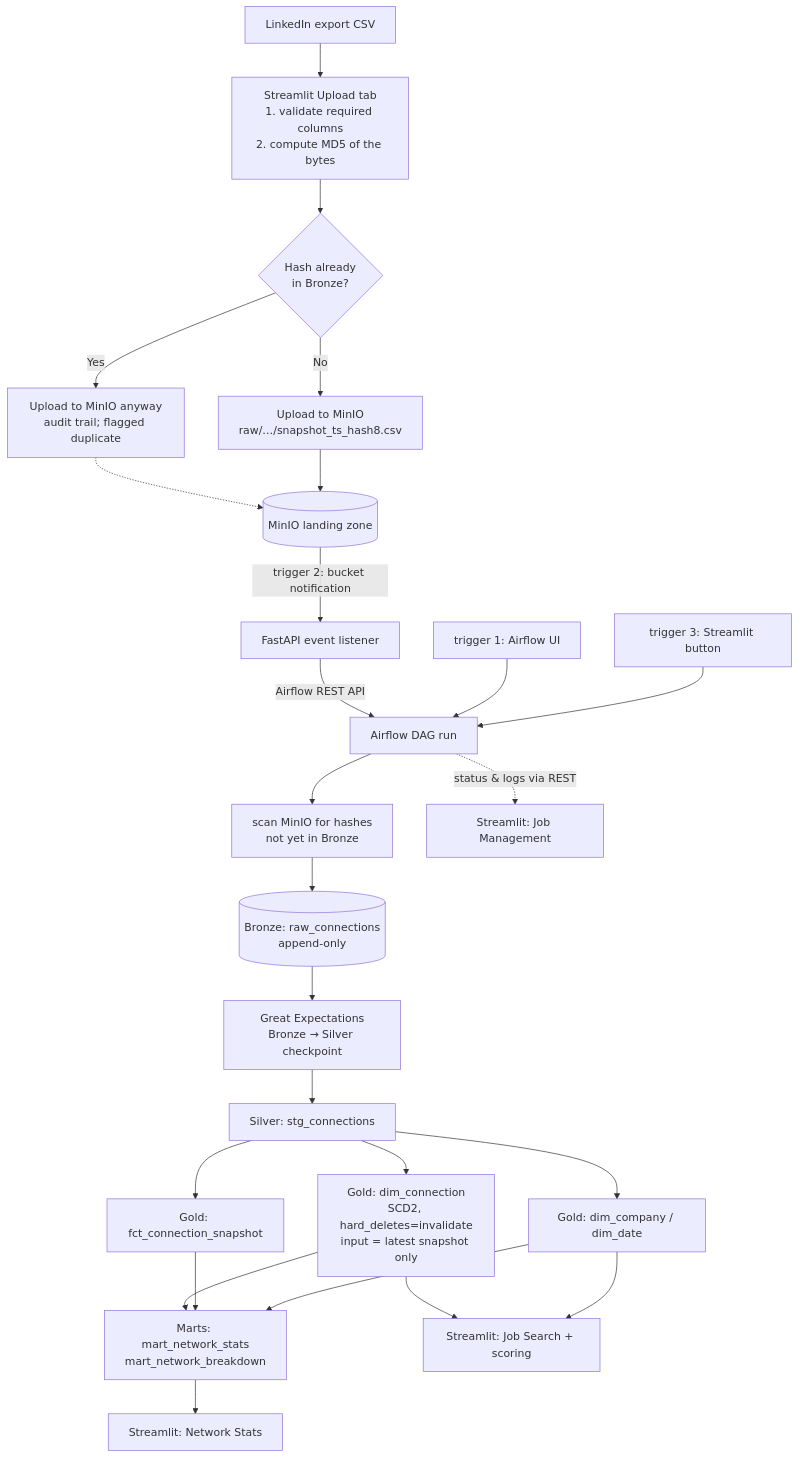
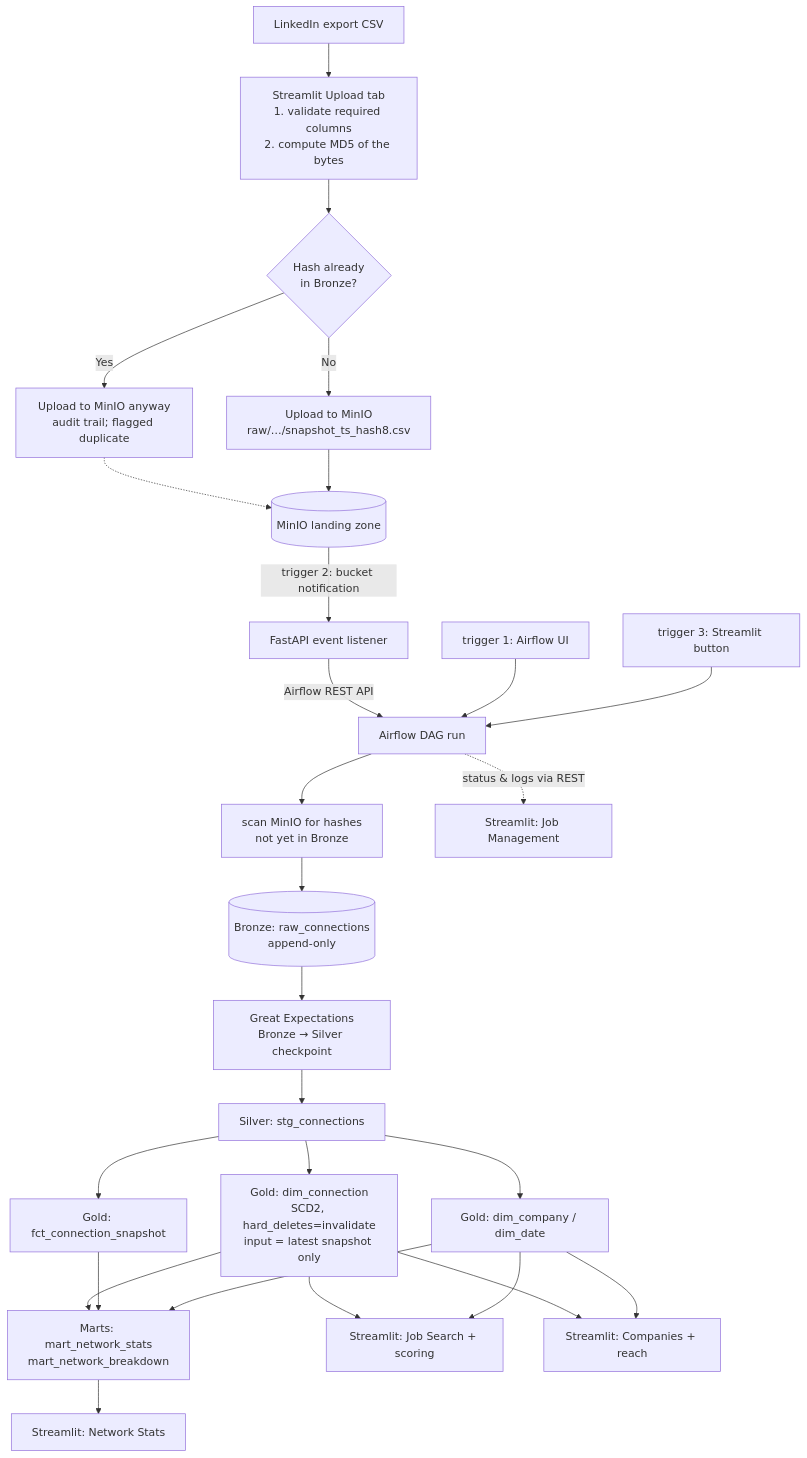
The diagram in README.md (TungNamNguyen/connection_lens), drawn with Mermaid before and after one commit. The commit also changed other lines of this file, not shown here.

Commit message:
docs(readme): document the Companies tab and the new score

````diff
--- a/README.md
+++ b/README.md
@@ -93,28 +108,29 @@
 ```mermaid
 flowchart TD
     A[LinkedIn export CSV] --> B["Streamlit Upload tab<br/>1. validate required columns<br/>2. compute MD5 of the bytes"]
     B --> C{Hash already<br/>in Bronze?}
     C -->|Yes| D1[Upload to MinIO anyway<br/>audit trail; flagged duplicate]
     C -->|No| D2["Upload to MinIO<br/>raw/…/snapshot_ts_hash8.csv"]
 
     D1 -.-> E[(MinIO landing zone)]
     D2 --> E
 
     E -->|"trigger 2: bucket notification"| F[FastAPI event listener]
     F -->|Airflow REST API| G[Airflow DAG run]
     H["trigger 1: Airflow UI"] --> G
     I["trigger 3: Streamlit button"] --> G
 
     G --> J["scan MinIO for hashes<br/>not yet in Bronze"]
     J --> K[(Bronze: raw_connections<br/>append-only)]
     K --> Q[Great Expectations<br/>Bronze → Silver checkpoint]
     Q --> L[Silver: stg_connections]
     L --> M1["Gold: dim_connection<br/>SCD2, hard_deletes=invalidate<br/>input = latest snapshot only"]
     L --> M2[Gold: fct_connection_snapshot]
     L --> M3[Gold: dim_company / dim_date]
     M1 & M2 & M3 --> N[Marts: mart_network_stats<br/>mart_network_breakdown]
 
     N --> O[Streamlit: Network Stats]
     M1 & M3 --> P[Streamlit: Job Search + scoring]
+    M1 & M3 --> P2[Streamlit: Companies + reach]
     G -.status & logs via REST.-> R[Streamlit: Job Management]
 ```
````
